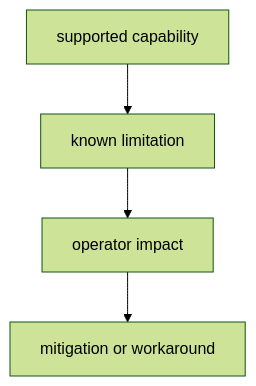
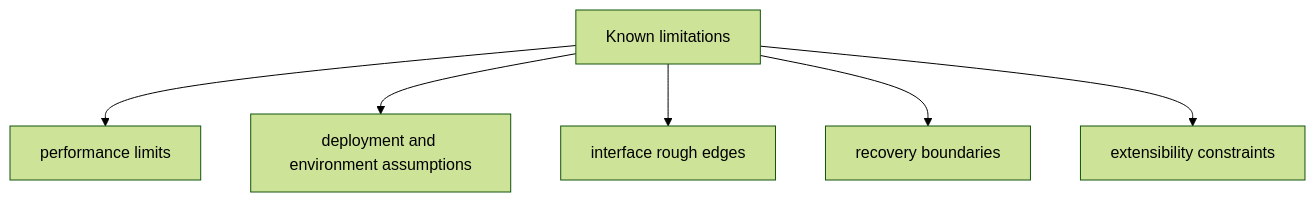
The diagram in docs/bijux-dag/quality/known-limitations.md (bijux/bijux-cli), drawn with Mermaid (forest theme) before and after one commit.

Commit message:
docs(bijux-dag): replace limitation chain with limitation taxonomy

````diff
--- a/docs/bijux-dag/quality/known-limitations.md
+++ b/docs/bijux-dag/quality/known-limitations.md
@@ -17,6 +17,9 @@
 ```mermaid
 flowchart TD
-    capability[supported capability] --> boundary[known limitation]
-    boundary --> impact[operator impact]
-    impact --> mitigation[mitigation or workaround]
+    limitations[Known limitations]
+    limitations --> performance[performance limits]
+    limitations --> environment[deployment and environment assumptions]
+    limitations --> interfaces[interface rough edges]
+    limitations --> recovery[recovery boundaries]
+    limitations --> extensibility[extensibility constraints]
 ```
````
